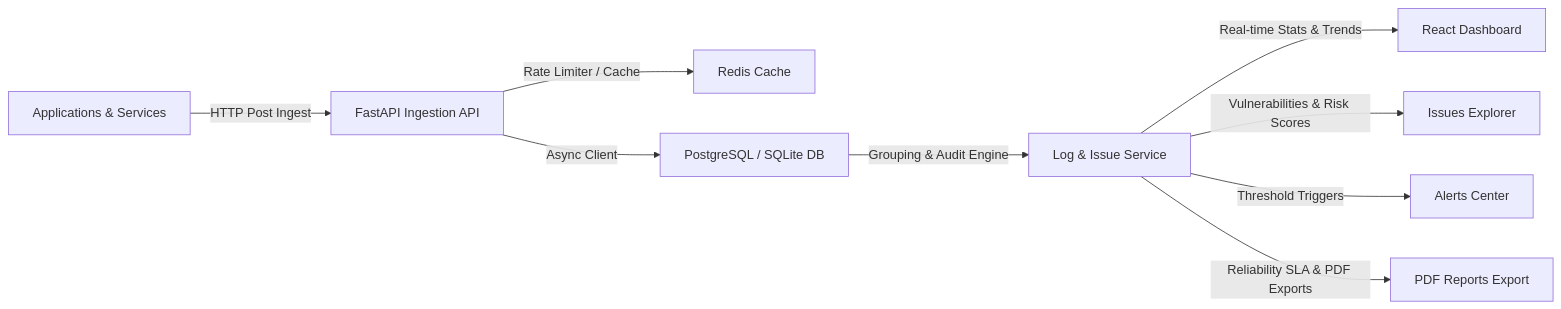
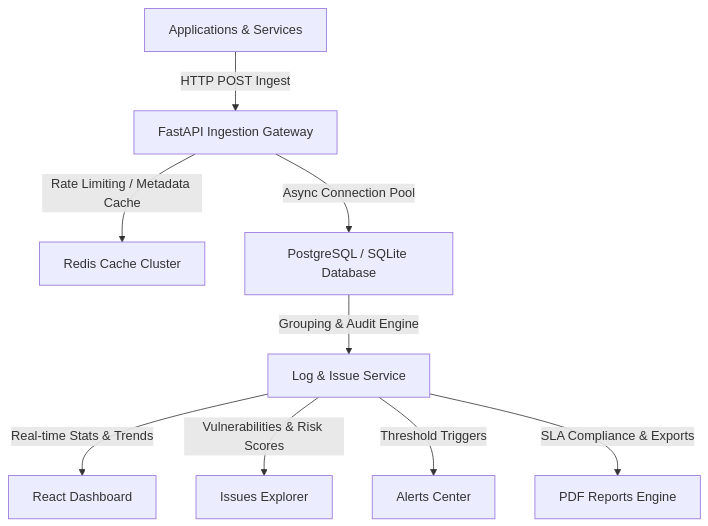
One commit to AD-Technology-Inc/Sentry changed the diagram in README.md. Above: the diagram before and after it, drawn with Mermaid. The commit also changed other lines of this file, not shown here.

````diff
--- a/README.md
+++ b/README.md
@@ -9,11 +44,11 @@
 ```mermaid
-flowchart LR
-    A[Applications & Services] -->|HTTP Post Ingest| B[FastAPI Ingestion API]
-    B -->|Rate Limiter / Cache| C[Redis Cache]
-    B -->|Async Client| D[PostgreSQL / SQLite DB]
+flowchart TD
+    A[Applications & Services] -->|HTTP POST Ingest| B[FastAPI Ingestion Gateway]
+    B -->|Rate Limiting / Metadata Cache| C[Redis Cache Cluster]
+    B -->|Async Connection Pool| D[PostgreSQL / SQLite Database]
     D -->|Grouping & Audit Engine| E[Log & Issue Service]
     E -->|Real-time Stats & Trends| F[React Dashboard]
     E -->|Vulnerabilities & Risk Scores| G[Issues Explorer]
     E -->|Threshold Triggers| H[Alerts Center]
-    E -->|Reliability SLA & PDF Exports| I[PDF Reports Export]
+    E -->|SLA Compliance & Exports| I[PDF Reports Engine]
 ```
````
